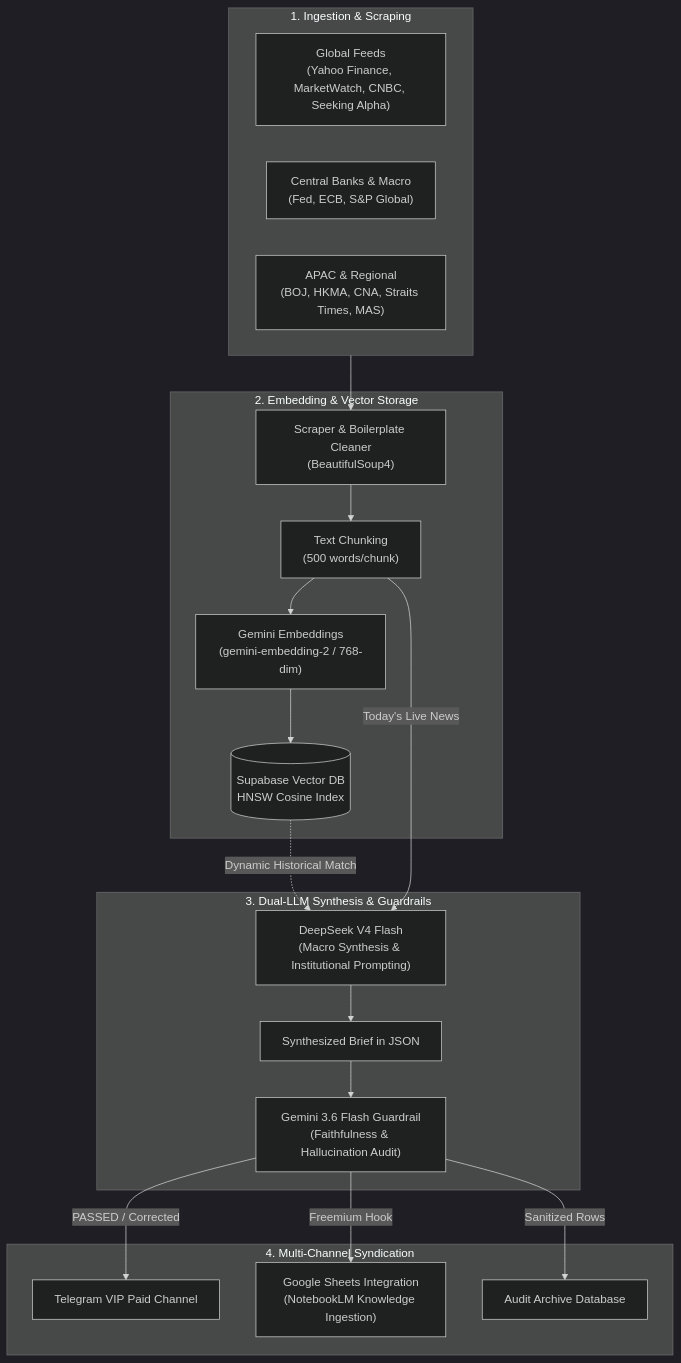
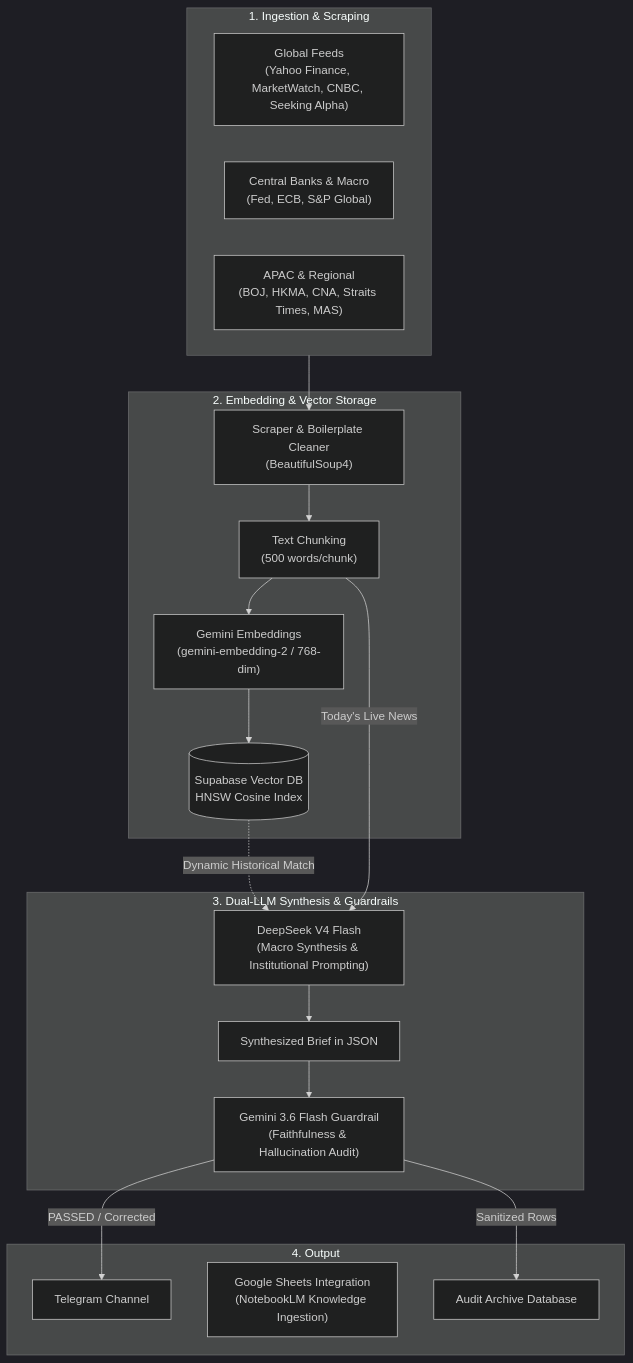
Before and after one commit to aientre86/AIxSEC: the diagram in src/content/docs/ai-real-world/industry/finance/global-macro-synthesis.md, drawn with Mermaid (dark theme).

````diff
--- a/src/content/docs/ai-real-world/industry/finance/global-macro-synthesis.md
+++ b/src/content/docs/ai-real-world/industry/finance/global-macro-synthesis.md
@@ -57,39 +57,38 @@
 ```mermaid
 flowchart TD
     subgraph INGESTION["1. Ingestion & Scraping"]
         A1["Global Feeds<br/>(Yahoo Finance, MarketWatch, CNBC, Seeking Alpha)"]
         A2["Central Banks & Macro<br/>(Fed, ECB, S&P Global)"]
         A3["APAC & Regional<br/>(BOJ, HKMA, CNA, Straits Times, MAS)"]
     end
 
     subgraph RAG_PIPELINE["2. Embedding & Vector Storage"]
         B["Scraper & Boilerplate Cleaner<br/>(BeautifulSoup4)"]
         C["Text Chunking<br/>(500 words/chunk)"]
         D["Gemini Embeddings<br/>(gemini-embedding-2 / 768-dim)"]
         E[("Supabase Vector DB<br/>HNSW Cosine Index")]
     end
 
     subgraph INTELLIGENCE["3. Dual-LLM Synthesis & Guardrails"]
         F["DeepSeek V4 Flash<br/>(Macro Synthesis & Institutional Prompting)"]
         G["Synthesized Brief in JSON"]
         H["Gemini 3.6 Flash Guardrail<br/>(Faithfulness & Hallucination Audit)"]
     end
 
-    subgraph DISTRIBUTION["4. Multi-Channel Syndication"]
-        I["Telegram VIP Paid Channel"]
+    subgraph DISTRIBUTION["4. Output"]
+        I["Telegram Channel"]
         J["Google Sheets Integration<br/>(NotebookLM Knowledge Ingestion)"]
         K["Audit Archive Database"]
     end
 
     INGESTION --> B
     B --> C
     C --> D
     D --> E
     E -.->|Dynamic Historical Match| F
     C -->|Today's Live News| F
     F --> G
     G --> H
     H -->|PASSED / Corrected| I
-    H -->|Freemium Hook| J
     H -->|Sanitized Rows| K
 ```
````
